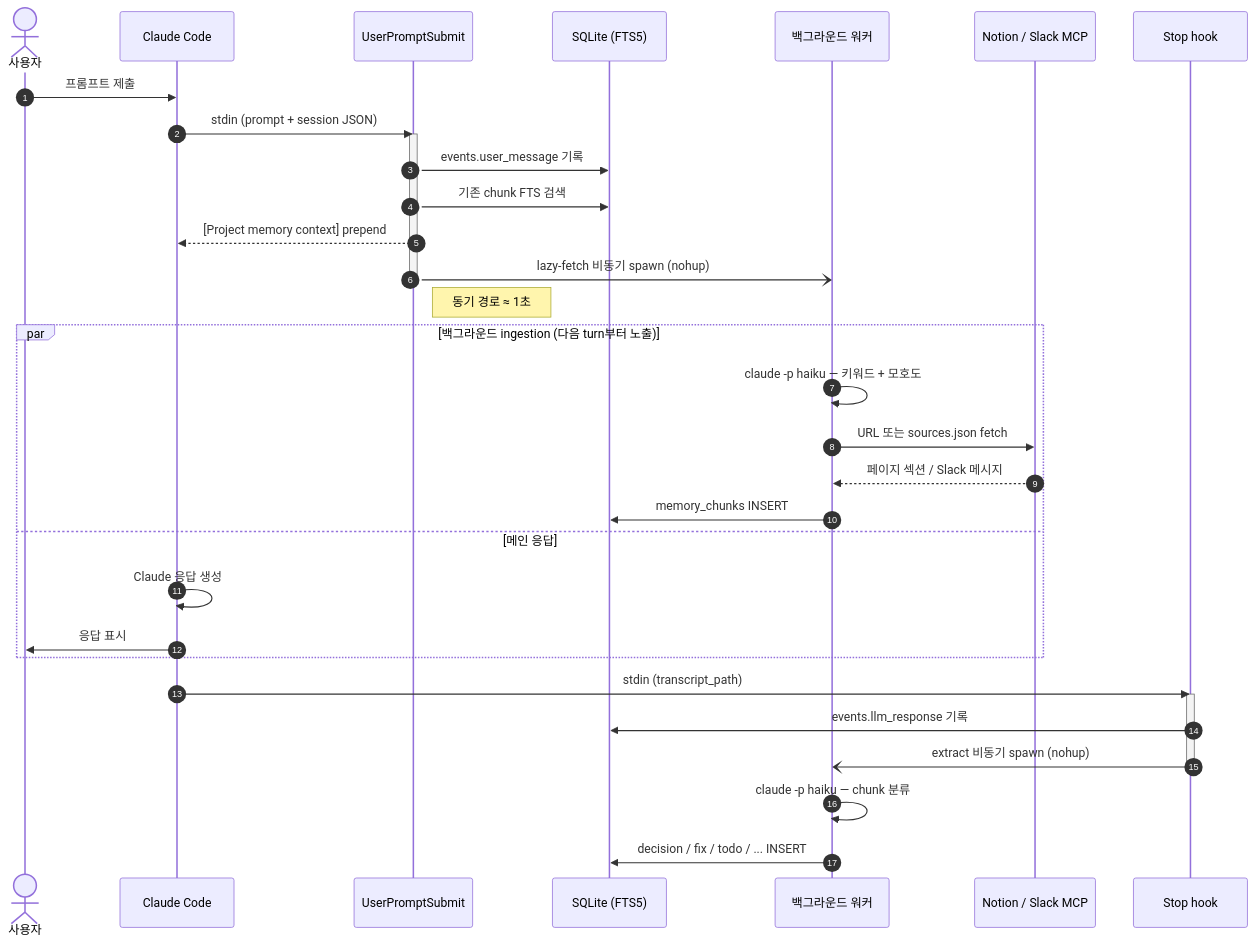
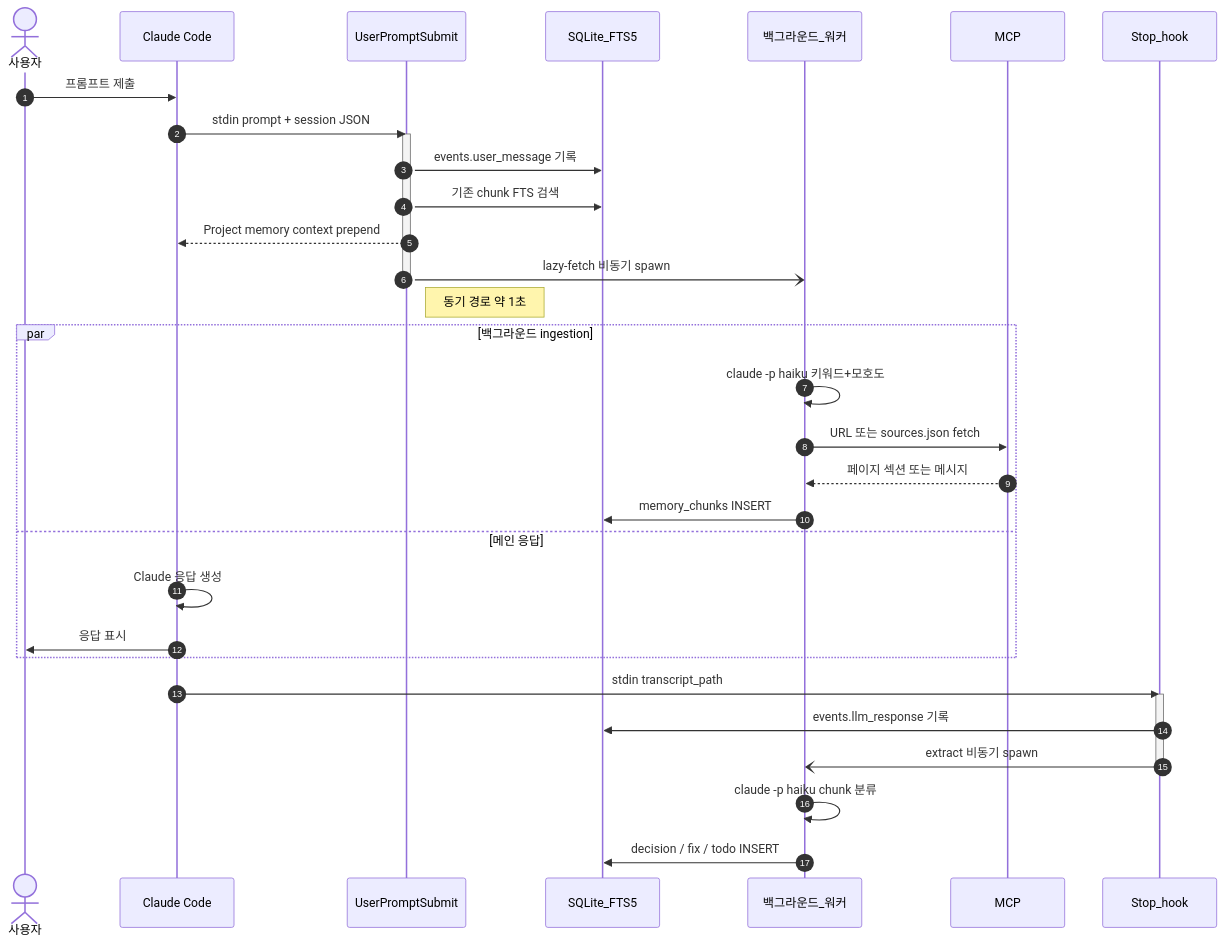
Before and after one commit to taeuk178/MultiAgentCLI: the first of 2 diagrams in README.md, drawn with Mermaid.

Commit message:
README sequence diagram 렌더링 수정: 파서가 싫어하는 토큰 제거
GitHub mermaid가 sequenceDiagram 안의 괄호·대괄호·em dash에 더 까다로운데,
참가자 alias의 괄호(SQLite (FTS5))·par 라벨의 괄호·메시지의 [...] 대괄호와
em dash가 같이 들어가 블록 자체가 렌더 실패하던 문제를 잡는다. flowchart는
같은 토큰들에 관대해 Memory 다이어그램은 정상 표시됐다. 의미 손실 없이 토큰만
교체.

````diff
--- a/README.md
+++ b/README.md
@@ -22,39 +22,39 @@
 ```mermaid
 sequenceDiagram
     autonumber
     actor U as 사용자
     participant CC as Claude Code
     participant UPS as UserPromptSubmit
-    participant DB as SQLite (FTS5)
-    participant BG as 백그라운드 워커
-    participant MCP as Notion / Slack MCP
-    participant ST as Stop hook
+    participant DB as SQLite_FTS5
+    participant BG as 백그라운드_워커
+    participant MCP as MCP
+    participant ST as Stop_hook
 
     U->>CC: 프롬프트 제출
-    CC->>UPS: stdin (prompt + session JSON)
+    CC->>UPS: stdin prompt + session JSON
     activate UPS
     UPS->>DB: events.user_message 기록
     UPS->>DB: 기존 chunk FTS 검색
-    UPS-->>CC: [Project memory context] prepend
-    UPS-)BG: lazy-fetch 비동기 spawn (nohup)
+    UPS-->>CC: Project memory context prepend
+    UPS-)BG: lazy-fetch 비동기 spawn
     deactivate UPS
-    Note right of UPS: 동기 경로 ≈ 1초
+    Note right of UPS: 동기 경로 약 1초
 
-    par 백그라운드 ingestion (다음 turn부터 노출)
-        BG->>BG: claude -p haiku — 키워드 + 모호도
+    par 백그라운드 ingestion
+        BG->>BG: claude -p haiku 키워드+모호도
         BG->>MCP: URL 또는 sources.json fetch
-        MCP-->>BG: 페이지 섹션 / Slack 메시지
+        MCP-->>BG: 페이지 섹션 또는 메시지
         BG->>DB: memory_chunks INSERT
     and 메인 응답
         CC->>CC: Claude 응답 생성
         CC->>U: 응답 표시
     end
 
-    CC->>ST: stdin (transcript_path)
+    CC->>ST: stdin transcript_path
     activate ST
     ST->>DB: events.llm_response 기록
-    ST-)BG: extract 비동기 spawn (nohup)
+    ST-)BG: extract 비동기 spawn
     deactivate ST
-    BG->>BG: claude -p haiku — chunk 분류
-    BG->>DB: decision / fix / todo / ... INSERT
+    BG->>BG: claude -p haiku chunk 분류
+    BG->>DB: decision / fix / todo INSERT
 ```
````
